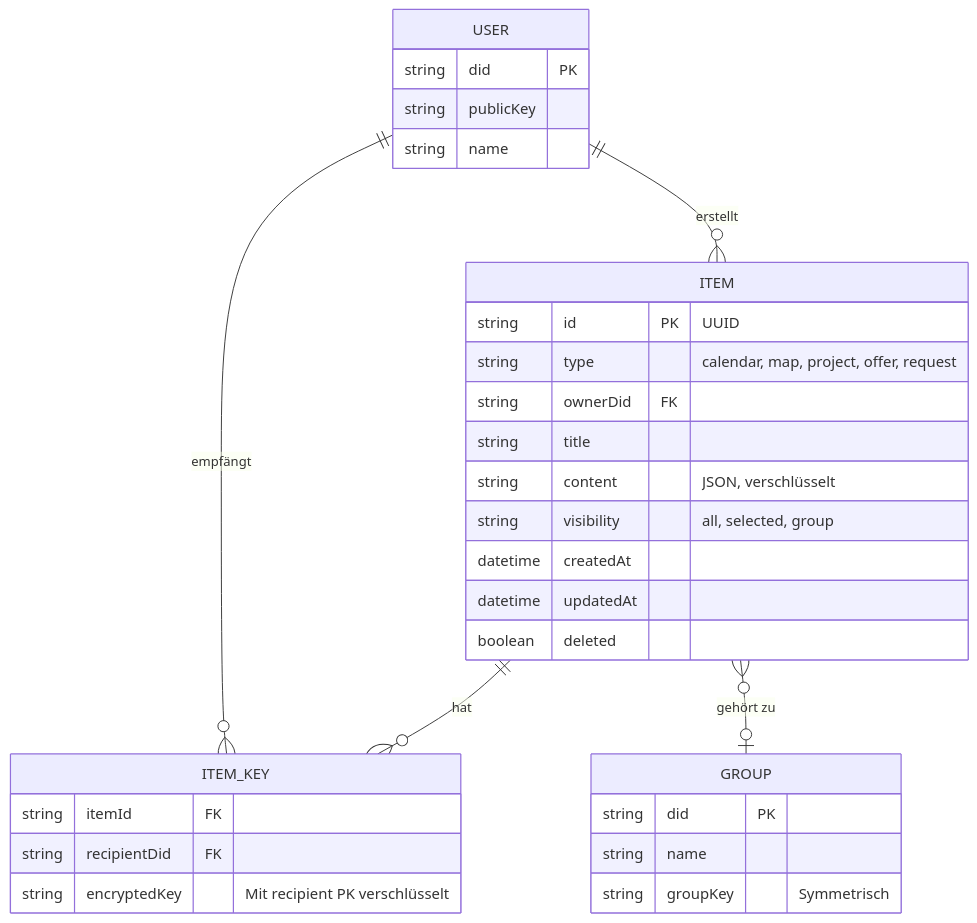
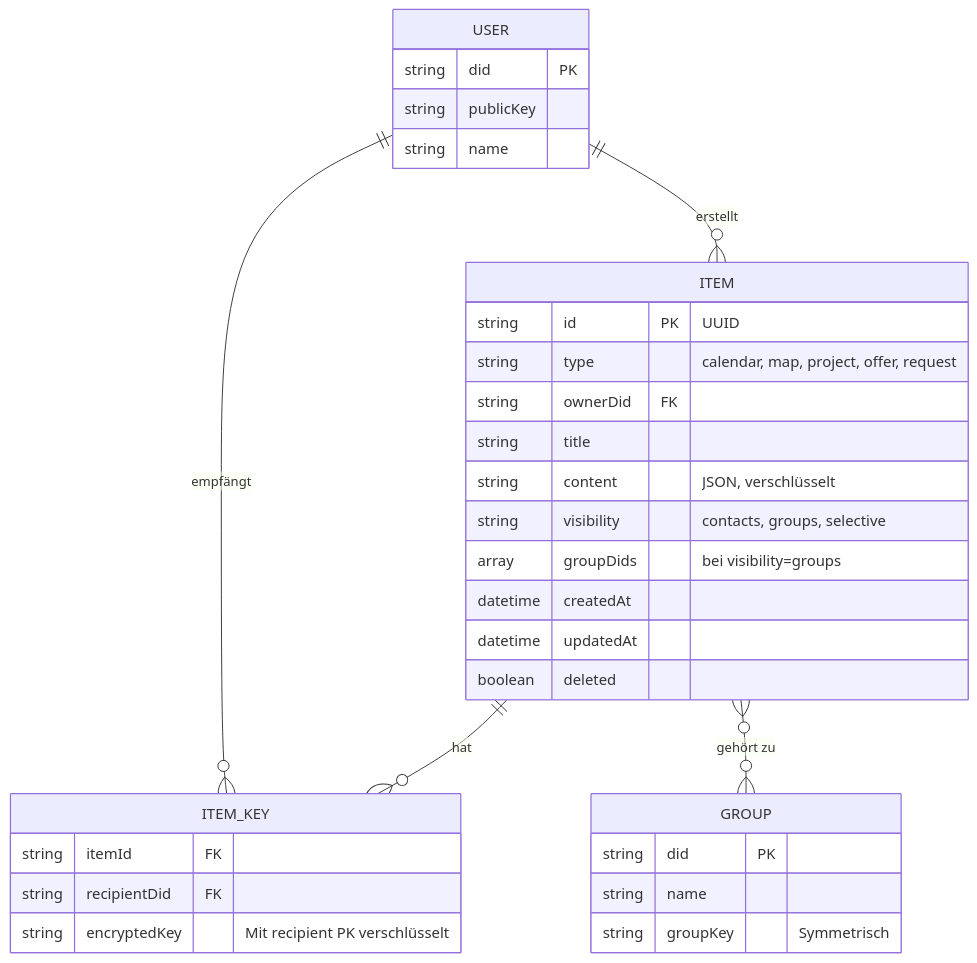
Before and after one commit to antontranelis/web-of-trust: the first of 10 diagrams in flows/04-content-technisch-flow.md, drawn with Mermaid. The commit also changed other lines of this file and 5 other files, not shown here.

````diff
--- a/flows/04-content-technisch-flow.md
+++ b/flows/04-content-technisch-flow.md
@@ -7,37 +7,38 @@
 ```mermaid
 erDiagram
     USER {
         string did PK
         string publicKey
         string name
     }
 
     ITEM {
         string id PK "UUID"
         string type "calendar, map, project, offer, request"
         string ownerDid FK
         string title
         string content "JSON, verschlüsselt"
-        string visibility "all, selected, group"
+        string visibility "contacts, groups, selective"
+        array groupDids "bei visibility=groups"
         datetime createdAt
         datetime updatedAt
         boolean deleted
     }
 
     ITEM_KEY {
         string itemId FK
         string recipientDid FK
         string encryptedKey "Mit recipient PK verschlüsselt"
     }
 
     GROUP {
         string did PK
         string name
         string groupKey "Symmetrisch"
     }
 
     USER ||--o{ ITEM : "erstellt"
     ITEM ||--o{ ITEM_KEY : "hat"
     USER ||--o{ ITEM_KEY : "empfängt"
-    ITEM }o--o| GROUP : "gehört zu"
+    ITEM }o--o{ GROUP : "gehört zu"
 ```
````
